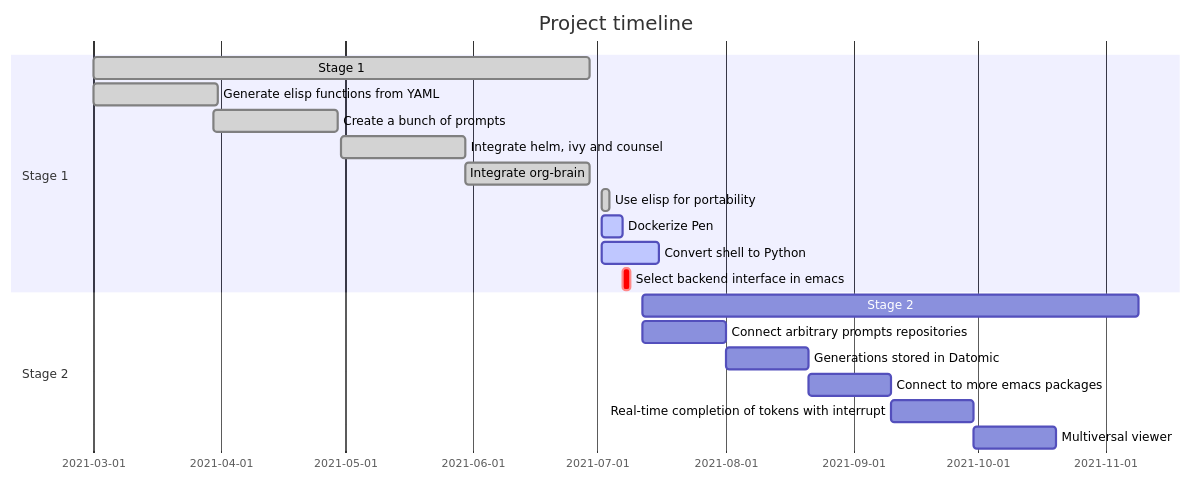
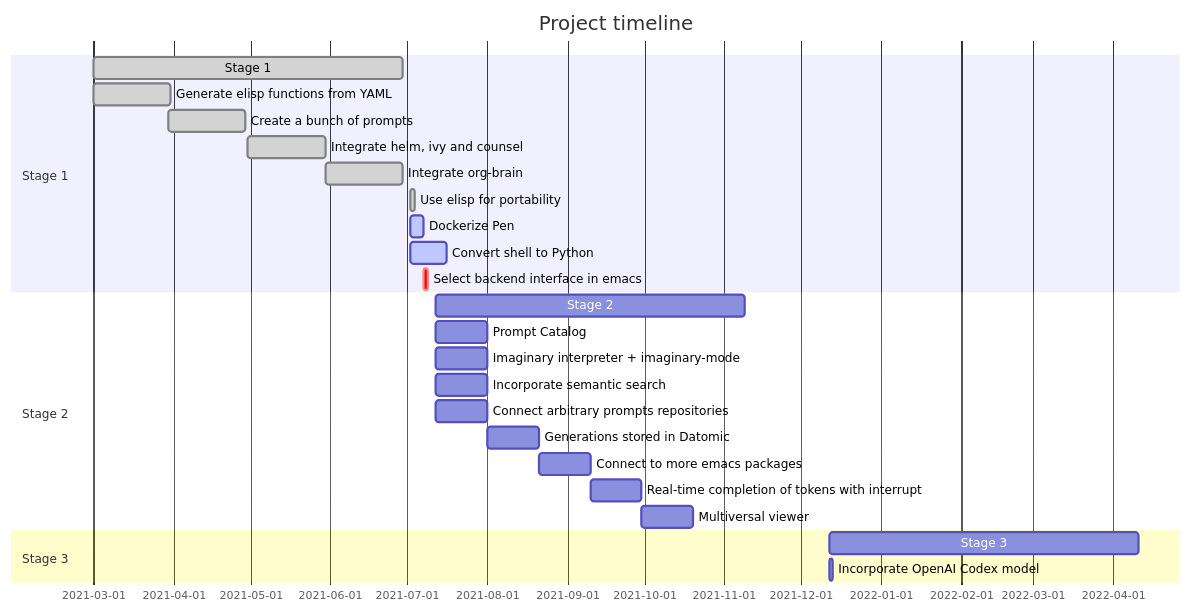
The diagram in posts/pen.org (gobbletown/semiosis-hugo), drawn with Mermaid before and after one commit. The commit also changed other lines of this file and 1 other file, not shown here.

Commit message:
Fri 02 Jul 2021 19:42:46

```diff
--- a/posts/pen.org
+++ b/posts/pen.org
@@ -60,22 +60,28 @@
 #+BEGIN_SRC mermaid :results raw :file pen-project-timeline.png
   gantt
           title Project timeline
           dateFormat  YYYY-MM-DD
           section Stage 1
           Stage 1  :done, :s1, 2021-03-01, 120d
           Generate elisp functions from YAML  :done,  :a1, 2021-03-01, 30d
           Create a bunch of prompts  :done,   :a3, 2021-03-30, 30d
           Integrate helm, ivy and counsel  :done,   :a4, 2021-04-30, 30d
           Integrate org-brain  :done,   :a5, 2021-05-30, 30d
           Use elisp for portability :done,  :b2, 2021-07-02, 2d
           Dockerize Pen : active, b3, after b2 , 5d
           Convert shell to Python : active, b4, after b2 , 14d
           Select backend interface in emacs :crit, after b3, 2d
           section Stage 2
           Stage 2  :s2, 2021-07-12, 120d
+          Prompt Catalog : b6a, 2021-07-12, 20d
+          Imaginary interpreter + imaginary-mode : b11, 2021-07-12, 20d
+          Incorporate semantic search : b12, 2021-07-12, 20d
           Connect arbitrary prompts repositories : b6, 2021-07-12, 20d
           Generations stored in Datomic : b7, after b6, 20d
           Connect to more emacs packages : b8, after b7 , 20d
           Real-time completion of tokens with interrupt : b9, after b8, 20d
           Multiversal viewer : b10, after b9, 20d
+          section Stage 3
+          Stage 3  :s3, 2021-12-12, 120d
+          Incorporate OpenAI Codex model : c1, 2021-12-12, 1d
 #+END_SRC
```
